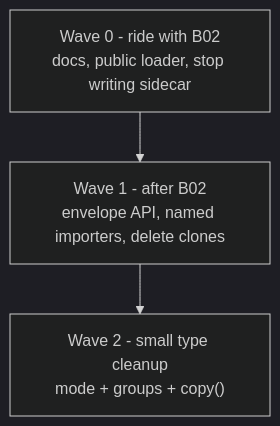
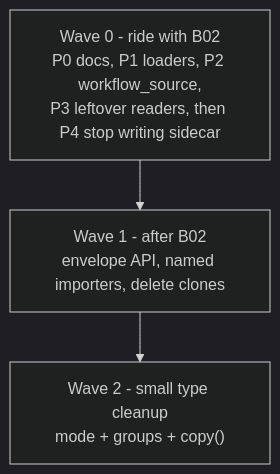
Before and after one commit to peteromallet/VibeComfy: the third of 4 diagrams in docs/architecture/canonical-graph-elegance-plan.md, drawn with Mermaid (dark theme). The commit also changed other lines of this file and 23 other files, not shown here.

Commit message:
megado B02: lossless canonical graph boundary — rich-envelope decoder authoritative, compile-mode leak fixed, emitter topology preserved, lazy imports restored, uidless=0 across 2797 workflows

````diff
--- a/docs/architecture/canonical-graph-elegance-plan.md
+++ b/docs/architecture/canonical-graph-elegance-plan.md
@@ -407,7 +416,7 @@
 ```mermaid
 flowchart TD
-  W0["Wave 0 - ride with B02\ndocs, public loader, stop writing sidecar"]
+  W0["Wave 0 - ride with B02\nP0 docs, P1 loaders, P2 workflow_source,\nP3 leftover readers, then P4 stop writing sidecar"]
   W1["Wave 1 - after B02\nenvelope API, named importers, delete clones"]
   W2["Wave 2 - small type cleanup\nmode + groups + copy()"]
   W0 --> W1 --> W2
 ```
````
